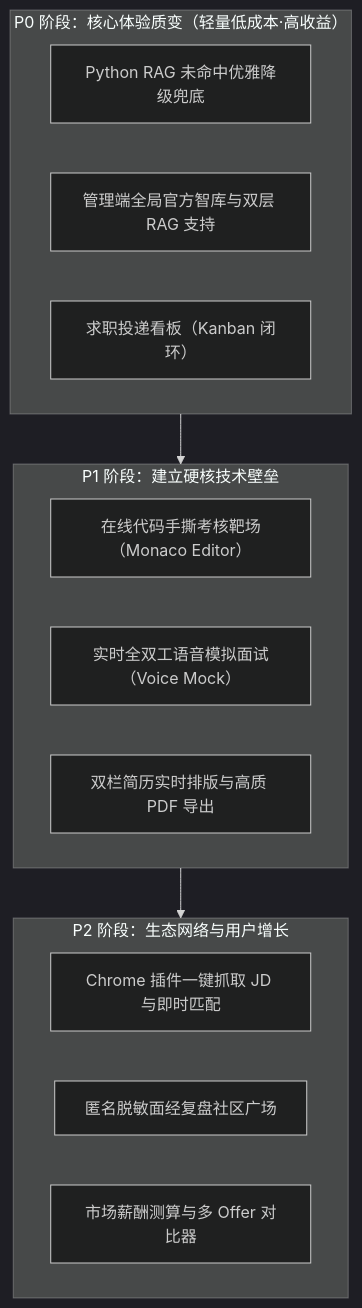
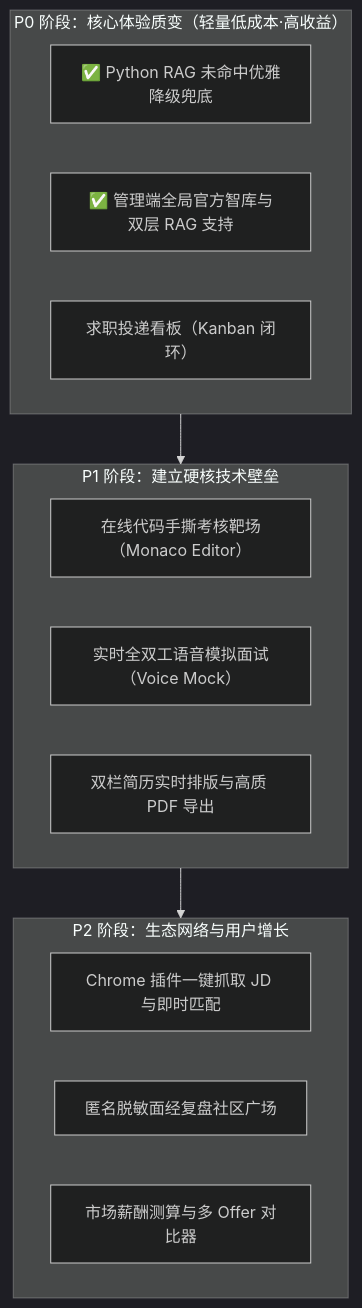
The second of 2 diagrams in ROADMAP.md (SunnyZest/mindforge-ai), drawn with Mermaid (dark theme) before and after one commit. The commit also changed other lines of this file and 7 other files, not shown here.

````diff
--- a/ROADMAP.md
+++ b/ROADMAP.md
@@ -116,22 +116,22 @@
 ```mermaid
 flowchart TD
     subgraph P0["P0 阶段：核心体验质变（轻量低成本·高收益）"]
-        P0_1["Python RAG 未命中优雅降级兜底"]
-        P0_2["管理端全局官方智库与双层 RAG 支持"]
+        P0_1["✅ Python RAG 未命中优雅降级兜底"]
+        P0_2["✅ 管理端全局官方智库与双层 RAG 支持"]
         P0_3["求职投递看板（Kanban 闭环）"]
     end
 
     subgraph P1["P1 阶段：建立硬核技术壁垒"]
         P1_1["在线代码手撕考核靶场（Monaco Editor）"]
         P1_2["实时全双工语音模拟面试（Voice Mock）"]
         P1_3["双栏简历实时排版与高质 PDF 导出"]
     end
 
     subgraph P2["P2 阶段：生态网络与用户增长"]
         P2_1["Chrome 插件一键抓取 JD 与即时匹配"]
         P2_2["匿名脱敏面经复盘社区广场"]
         P2_3["市场薪酬测算与多 Offer 对比器"]
     end
 
     P0 --> P1 --> P2
 ```
````
